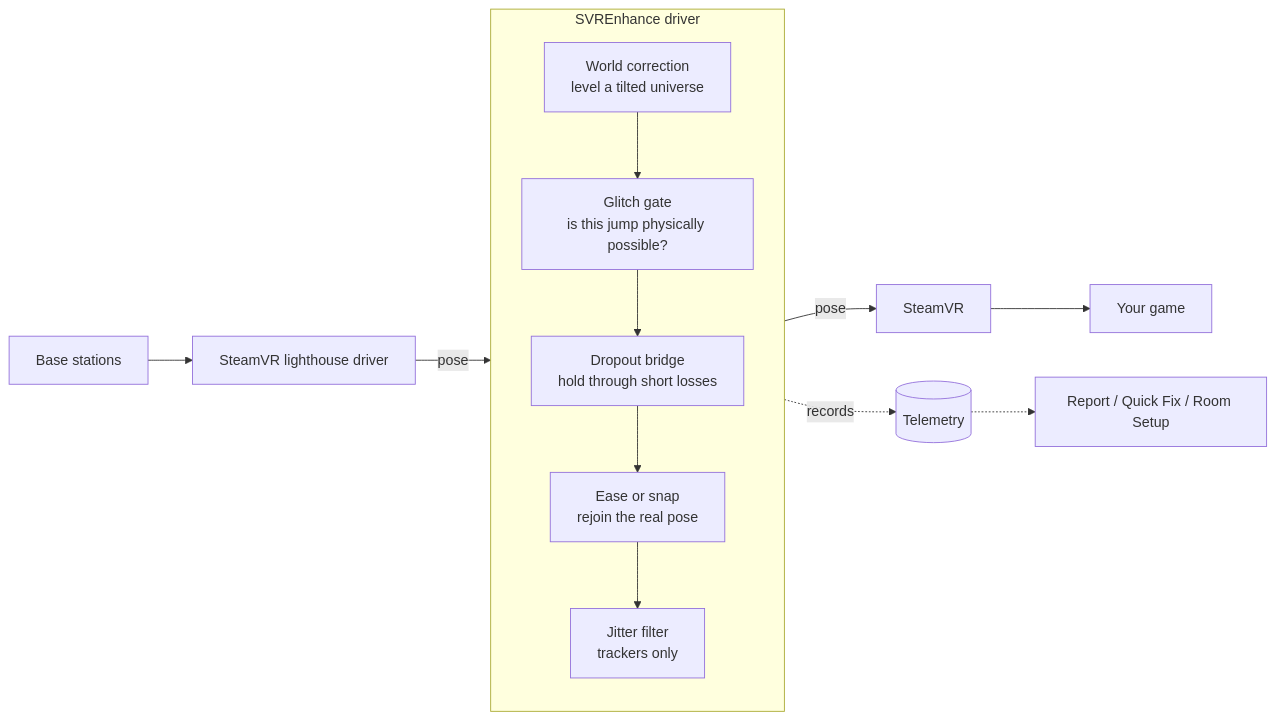
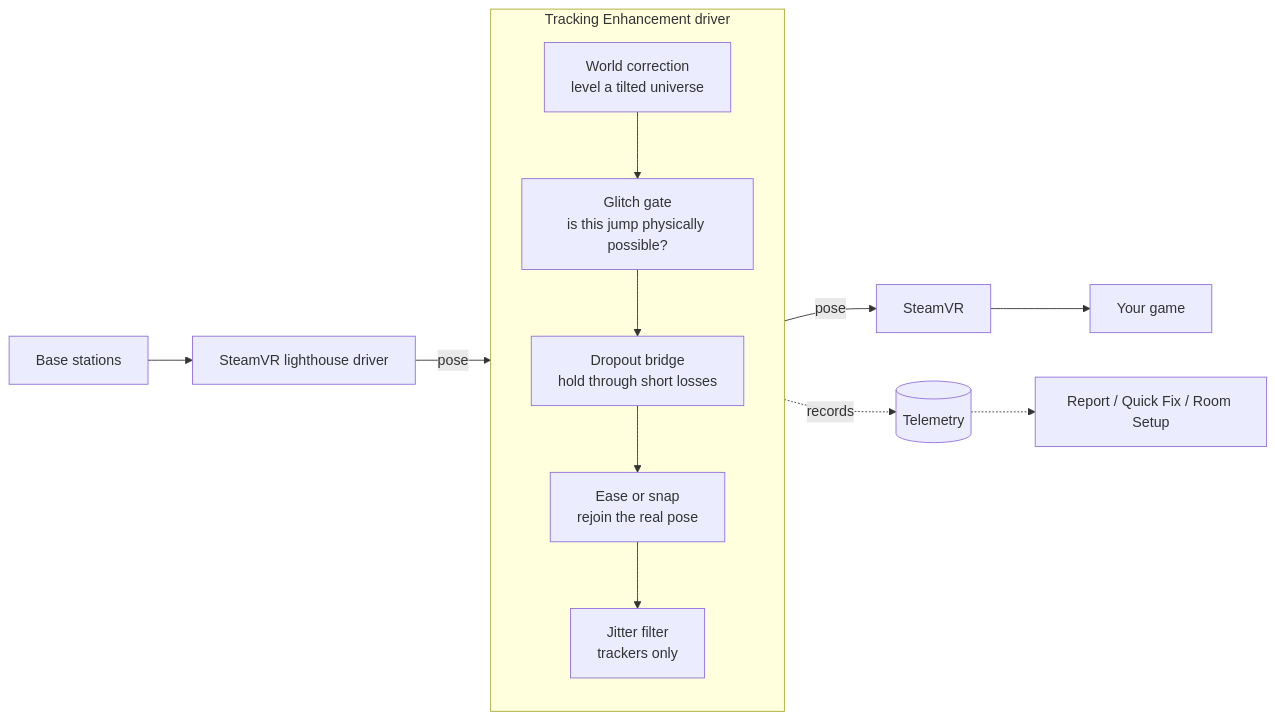
The diagram in README.md (TacticalCoconut/SteamVR-Tracking-Enhancement), drawn with Mermaid before and after one commit. The commit also changed other lines of this file and 18 other files, not shown here.

First line of the commit message:
Rename the project to SteamVR Tracking Enhancement

````diff
--- a/README.md
+++ b/README.md
@@ -84,15 +100,15 @@
 ```mermaid
 flowchart LR
     A[Base stations] --> B[SteamVR lighthouse driver]
     B -->|pose| C
-    subgraph C [SVREnhance driver]
+    subgraph C [Tracking Enhancement driver]
         direction TB
         C1[World correction<br/>level a tilted universe] --> C2[Glitch gate<br/>is this jump physically possible?]
         C2 --> C3[Dropout bridge<br/>hold through short losses]
         C3 --> C4[Ease or snap<br/>rejoin the real pose]
         C4 --> C5[Jitter filter<br/>trackers only]
     end
     C -->|pose| D[SteamVR] --> E[Your game]
     C -.->|records| F[(Telemetry)]
     F -.-> G[Report / Quick Fix / Room Setup]
 ```
````
